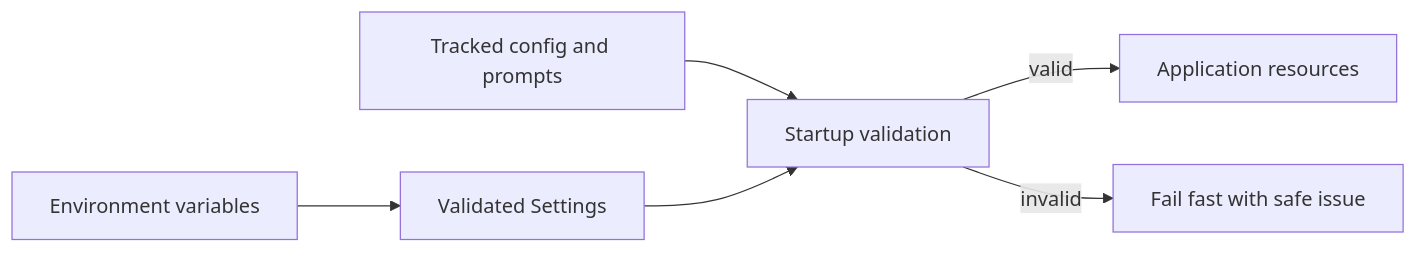
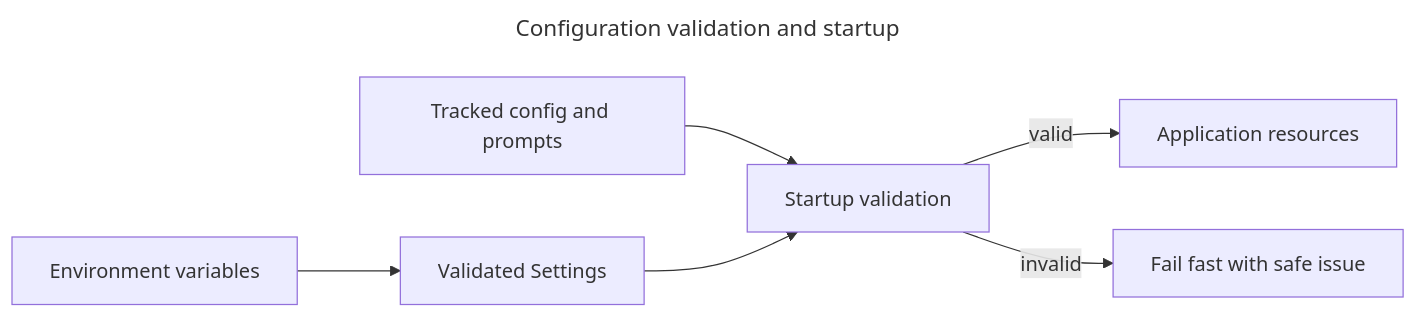
One commit to hongchit/sec-filing-rag-poc changed the diagram in docs/configuration.md. Above: the diagram before and after it, drawn with Mermaid. The commit also changed other lines of this file and 43 other files, not shown here.

````diff
--- a/docs/configuration.md
+++ b/docs/configuration.md
@@ -9,8 +9,11 @@
 ```mermaid
+---
+title: Configuration validation and startup
+---
 flowchart LR
   E[Environment variables] --> S[Validated Settings]
   T[Tracked config and prompts] --> V[Startup validation]
   S --> V
   V -->|valid| A[Application resources]
   V -->|invalid| F[Fail fast with safe issue]
 ```
````
